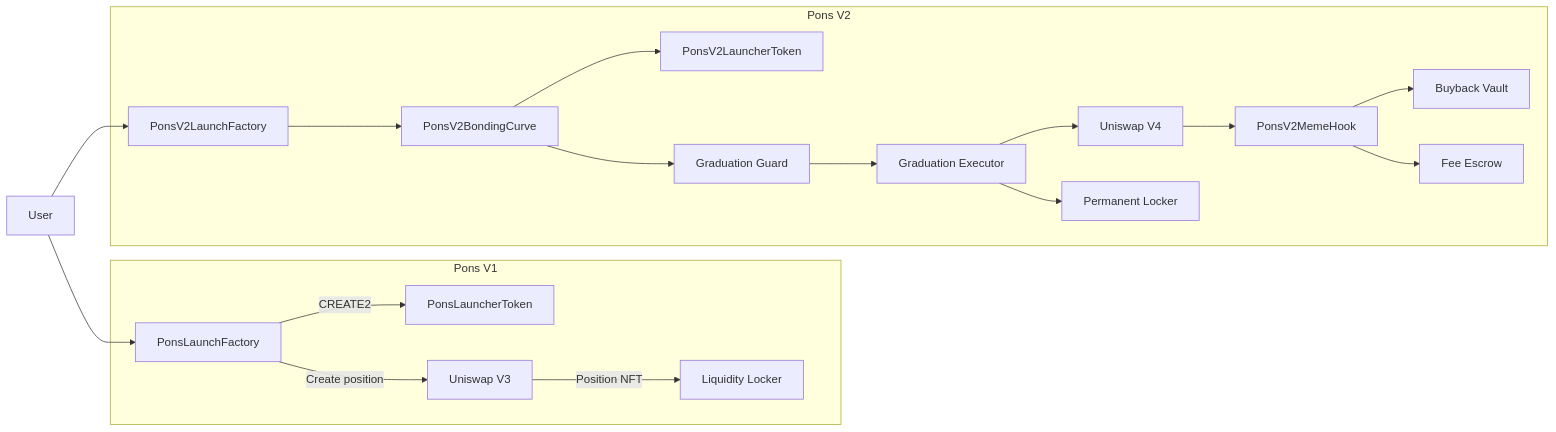
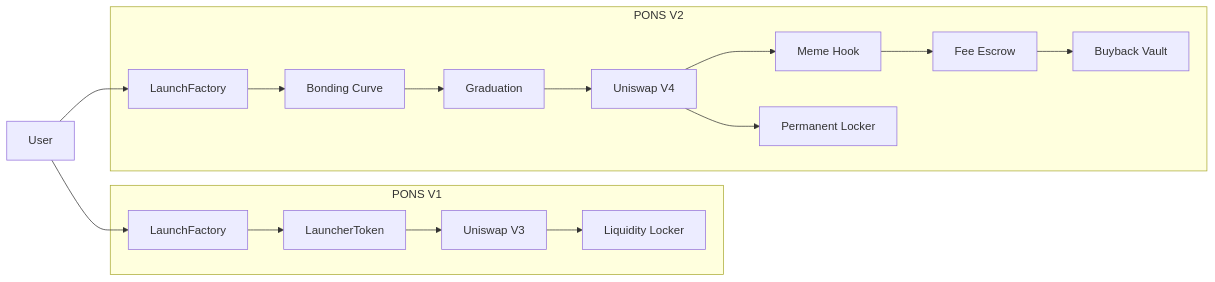
Before and after one commit to Horsaeshit/test: the diagram in README.md, drawn with Mermaid. The commit also changed other lines of this file, not shown here.

````diff
--- a/README.md
+++ b/README.md
@@ -84,42 +64,37 @@
 ```mermaid
 flowchart LR
 
-    U[User]
+    USER["User"]
 
-    subgraph V1["Pons V1"]
-        F1[PonsLaunchFactory]
-        T1[PonsLauncherToken]
-        V3[Uniswap V3]
-        L1[Liquidity Locker]
-
-        F1 -->|CREATE2| T1
-        F1 -->|Create position| V3
-        V3 -->|Position NFT| L1
+    subgraph V1["PONS V1"]
+        F1["LaunchFactory"]
+        T1["LauncherToken"]
+        V3["Uniswap V3"]
+        L1["Liquidity Locker"]
     end
 
-    subgraph V2["Pons V2"]
-        F2[PonsV2LaunchFactory]
-        C[PonsV2BondingCurve]
-        T2[PonsV2LauncherToken]
-        G[Graduation Guard]
-        E[Graduation Executor]
-        V4[Uniswap V4]
-        H[PonsV2MemeHook]
-        L2[Permanent Locker]
-        B[Buyback Vault]
-        FE[Fee Escrow]
-
-        F2 --> C
-        C --> T2
-        C --> G
-        G --> E
-        E --> V4
-        V4 --> H
-        E --> L2
-        H --> FE
-        H --> B
+    subgraph V2["PONS V2"]
+        F2["LaunchFactory"]
+        C2["Bonding Curve"]
+        G2["Graduation"]
+        V4["Uniswap V4"]
+        H2["Meme Hook"]
+        E2["Fee Escrow"]
+        B2["Buyback Vault"]
+        L2["Permanent Locker"]
     end
 
-    U --> F1
-    U --> F2
+    USER --> F1
+    F1 --> T1
+    T1 --> V3
+    V3 --> L1
+
+    USER --> F2
+    F2 --> C2
+    C2 --> G2
+    G2 --> V4
+    V4 --> H2
+    H2 --> E2
+    E2 --> B2
+    V4 --> L2
 ```
````
